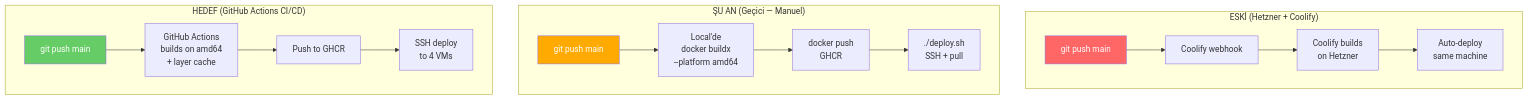
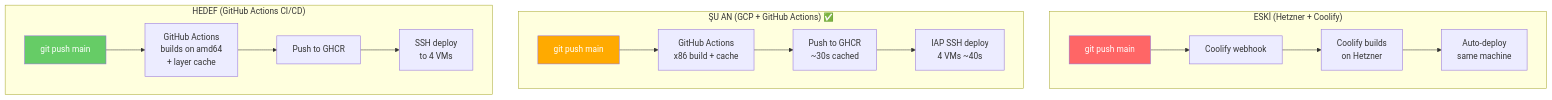
Before and after one commit to olcayay/shopify-tracker: the seventh of 10 diagrams in files/SYSTEM_ARCHITECTURE.md, drawn with Mermaid. The commit also changed other lines of this file and 3 other files, not shown here.

````diff
--- a/files/SYSTEM_ARCHITECTURE.md
+++ b/files/SYSTEM_ARCHITECTURE.md
@@ -327,27 +327,27 @@
 ```mermaid
 graph TB
     subgraph "ESKİ (Hetzner + Coolify)"
         direction LR
         E1[git push main] --> E2[Coolify webhook]
         E2 --> E3[Coolify builds<br/>on Hetzner]
         E3 --> E4[Auto-deploy<br/>same machine]
     end
 
-    subgraph "ŞU AN (Geçici — Manuel)"
+    subgraph "ŞU AN (GCP + GitHub Actions) ✅"
         direction LR
-        S1[git push main] --> S2[Local'de<br/>docker buildx<br/>--platform amd64]
-        S2 --> S3[docker push<br/>GHCR]
-        S3 --> S4[./deploy.sh<br/>SSH + pull]
+        S1[git push main] --> S2[GitHub Actions<br/>x86 build + cache]
+        S2 --> S3[Push to GHCR<br/>~30s cached]
+        S3 --> S4[IAP SSH deploy<br/>4 VMs ~40s]
     end
 
     subgraph "HEDEF (GitHub Actions CI/CD)"
         direction LR
         H1[git push main] --> H2[GitHub Actions<br/>builds on amd64<br/>+ layer cache]
         H2 --> H3[Push to GHCR]
         H3 --> H4[SSH deploy<br/>to 4 VMs]
     end
 
     style E1 fill:#f66,color:#fff
     style S1 fill:#fa0,color:#fff
     style H1 fill:#6c6,color:#fff
 ```
````
